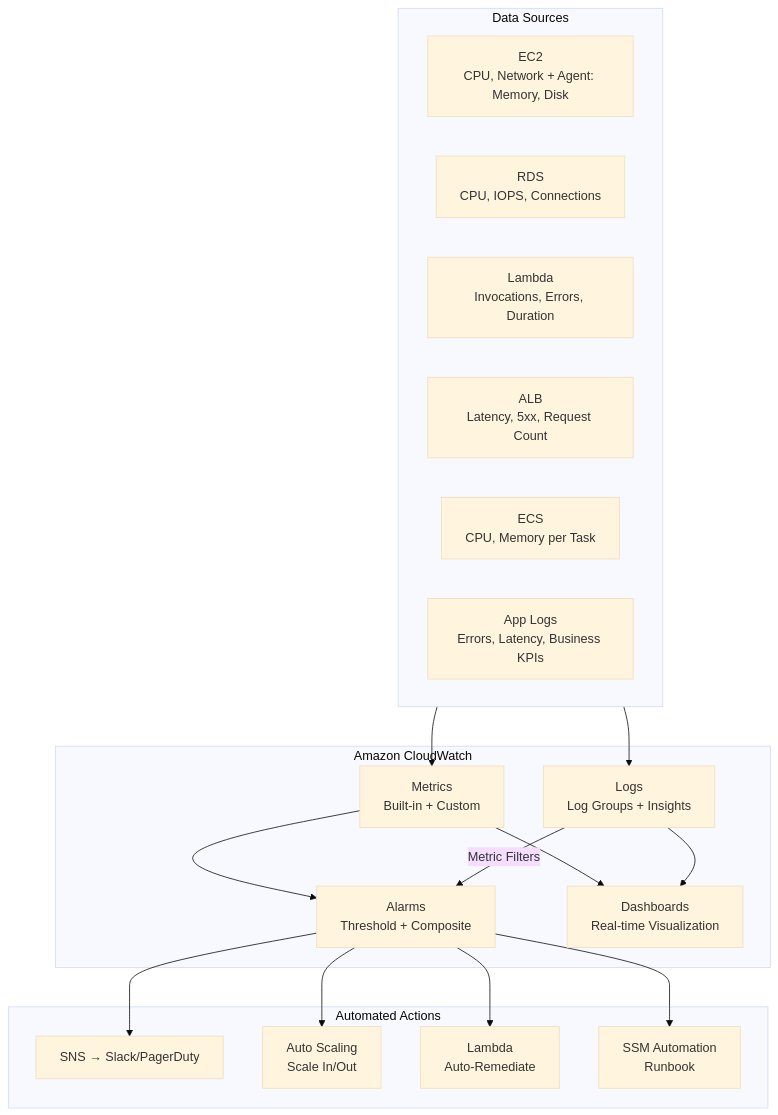
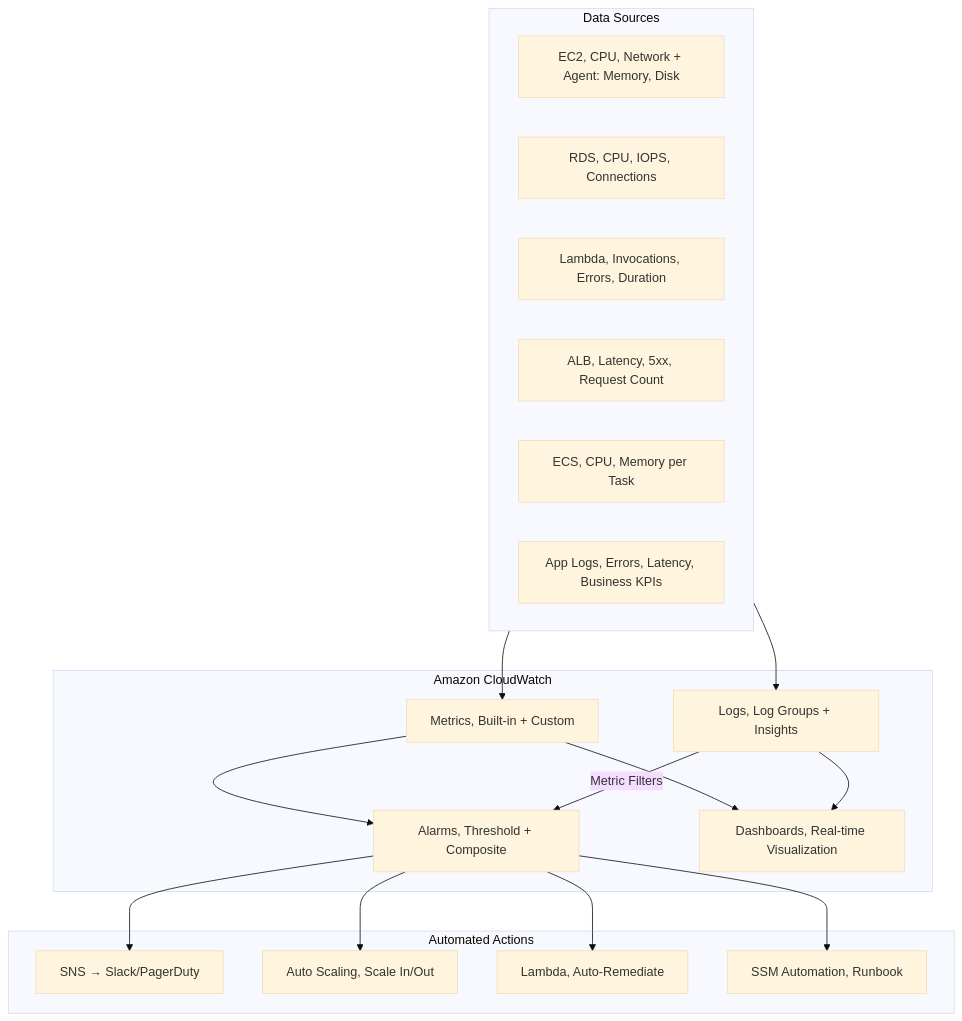
The first of 2 diagrams in Chapter_05_Amazon_CloudWatch.md (DeeptiShuklaProject/Uday_AWS), drawn with Mermaid (base theme) before and after one commit. The commit also changed other lines of this file and 34 other files, not shown here.

Commit message:
Fix mermaid diagrams syntax across all chapters (quote labels and remove HTML)

````diff
--- a/Chapter_05_Amazon_CloudWatch.md
+++ b/Chapter_05_Amazon_CloudWatch.md
@@ -246,36 +246,36 @@
 ```mermaid
 flowchart TD
     subgraph Sources["Data Sources"]
-        EC2[EC2<br>CPU, Network + Agent: Memory, Disk]
-        RDS[RDS<br>CPU, IOPS, Connections]
-        Lambda[Lambda<br>Invocations, Errors, Duration]
-        ALB[ALB<br>Latency, 5xx, Request Count]
-        ECS[ECS<br>CPU, Memory per Task]
-        Apps[App Logs<br>Errors, Latency, Business KPIs]
+        EC2["EC2, CPU, Network + Agent: Memory, Disk"]
+        RDS["RDS, CPU, IOPS, Connections"]
+        Lambda["Lambda, Invocations, Errors, Duration"]
+        ALB["ALB, Latency, 5xx, Request Count"]
+        ECS["ECS, CPU, Memory per Task"]
+        Apps["App Logs, Errors, Latency, Business KPIs"]
     end
     
     subgraph CW["Amazon CloudWatch"]
-        Metrics[Metrics<br>Built-in + Custom]
-        Logs[Logs<br>Log Groups + Insights]
-        Alarms[Alarms<br>Threshold + Composite]
-        Dashboard[Dashboards<br>Real-time Visualization]
+        Metrics["Metrics, Built-in + Custom"]
+        Logs["Logs, Log Groups + Insights"]
+        Alarms["Alarms, Threshold + Composite"]
+        Dashboard["Dashboards, Real-time Visualization"]
     end
     
     subgraph Actions["Automated Actions"]
         SNS[SNS → Slack/PagerDuty]
-        ASG[Auto Scaling<br>Scale In/Out]
-        Lambda_Fix[Lambda<br>Auto-Remediate]
-        SSM[SSM Automation<br>Runbook]
+        ASG["Auto Scaling, Scale In/Out"]
+        Lambda_Fix["Lambda, Auto-Remediate"]
+        SSM["SSM Automation, Runbook"]
     end
     
     Sources --> Metrics
     Sources --> Logs
     Metrics --> Alarms
     Logs -->|Metric Filters| Alarms
     Metrics --> Dashboard
     Logs --> Dashboard
     Alarms --> SNS
     Alarms --> ASG
     Alarms --> Lambda_Fix
     Alarms --> SSM
 ```
````
